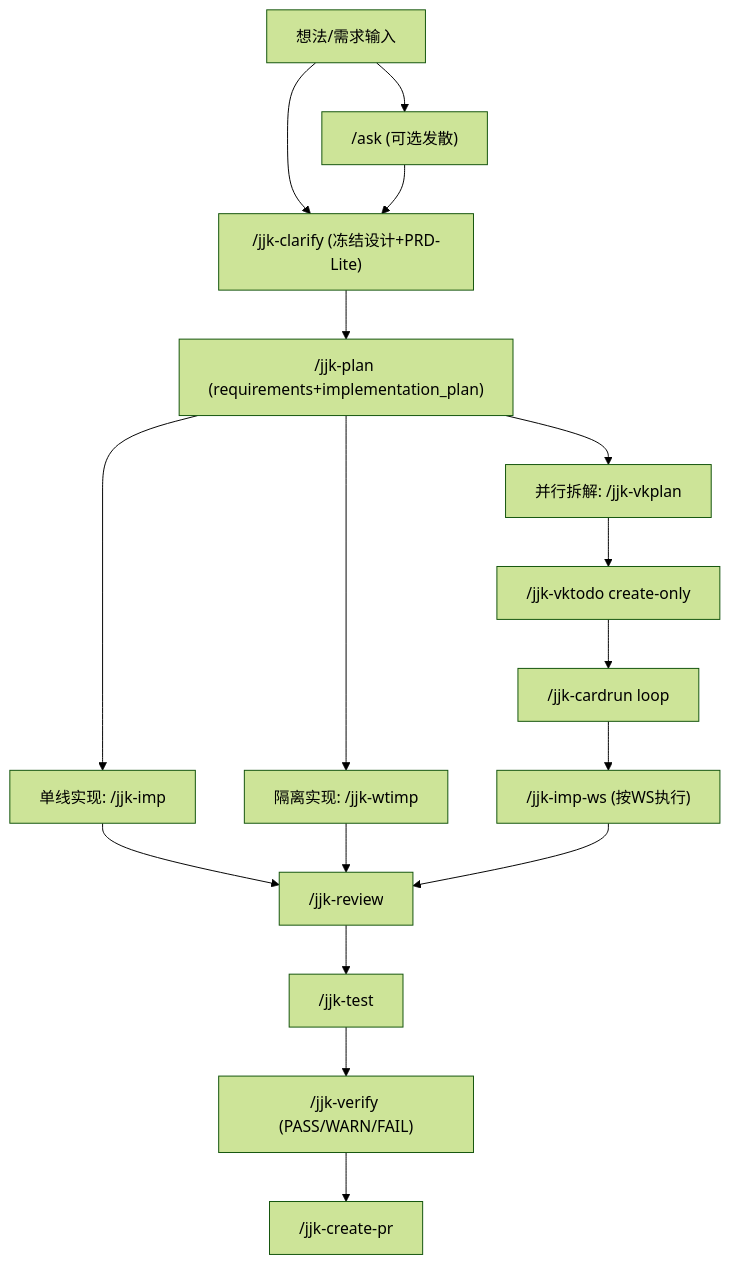
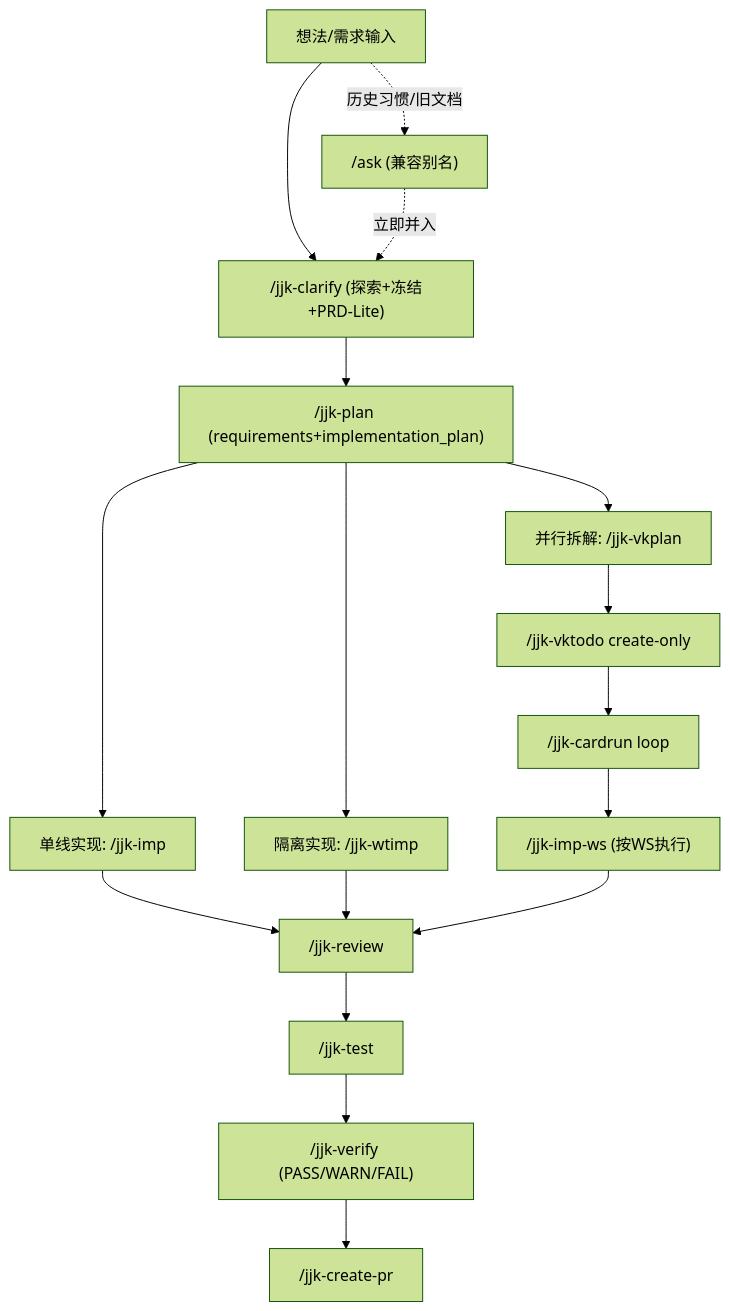
The diagram in docs/开发文档/工作流/指令用法_实现方式_工程流全景手册.md (jijingkun-commits/fastapi), drawn with Mermaid (forest theme) before and after one commit. The commit also changed other lines of this file and 60 other files, not shown here.

````diff
--- a/docs/开发文档/工作流/指令用法_实现方式_工程流全景手册.md
+++ b/docs/开发文档/工作流/指令用法_实现方式_工程流全景手册.md
@@ -82,21 +83,21 @@
 ```mermaid
 flowchart TD
-  A["想法/需求输入"] --> B["/ask (可选发散)"]
-  A --> C["/jjk-clarify (冻结设计+PRD-Lite)"]
-  B --> C
+  A["想法/需求输入"] --> C["/jjk-clarify (探索+冻结+PRD-Lite)"]
+  A -.历史习惯/旧文档.-> B["/ask (兼容别名)"]
+  B -.立即并入.-> C
   C --> D["/jjk-plan (requirements+implementation_plan)"]
 
   D --> E["单线实现: /jjk-imp"]
   D --> F["隔离实现: /jjk-wtimp"]
   D --> G["并行拆解: /jjk-vkplan"]
   G --> H["/jjk-vktodo create-only"]
   H --> I["/jjk-cardrun loop"]
   I --> J["/jjk-imp-ws (按WS执行)"]
 
   E --> K["/jjk-review"]
   F --> K
   J --> K
   K --> L["/jjk-test"]
   L --> M["/jjk-verify (PASS/WARN/FAIL)"]
   M --> N["/jjk-create-pr"]
 ```
````
